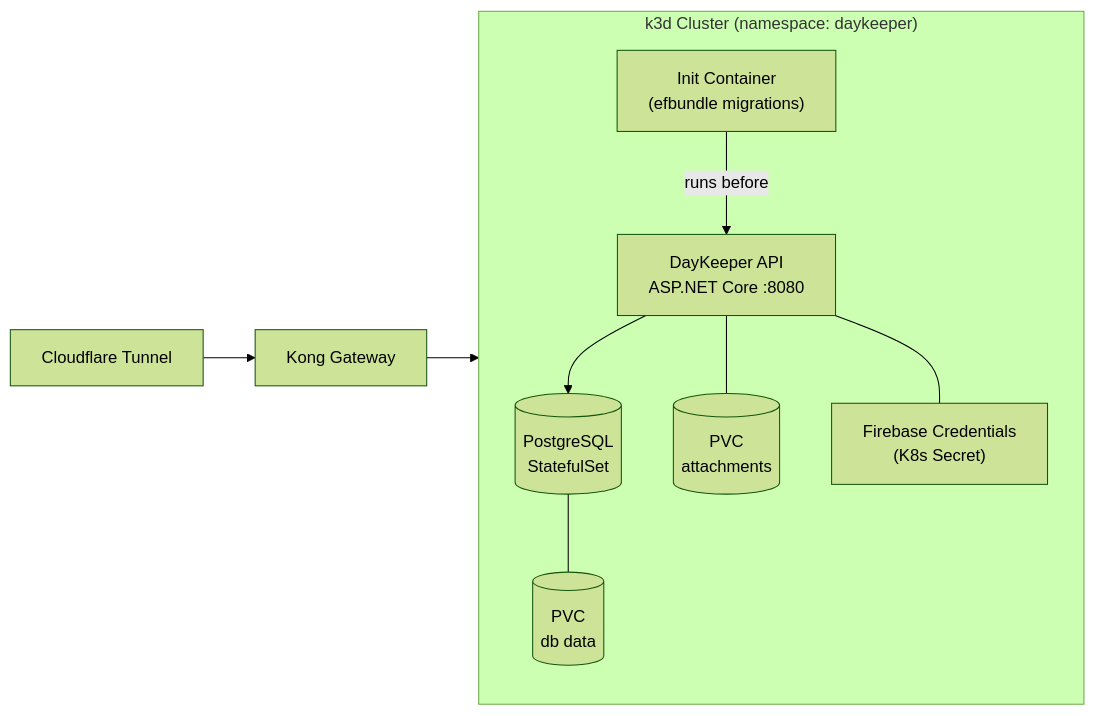
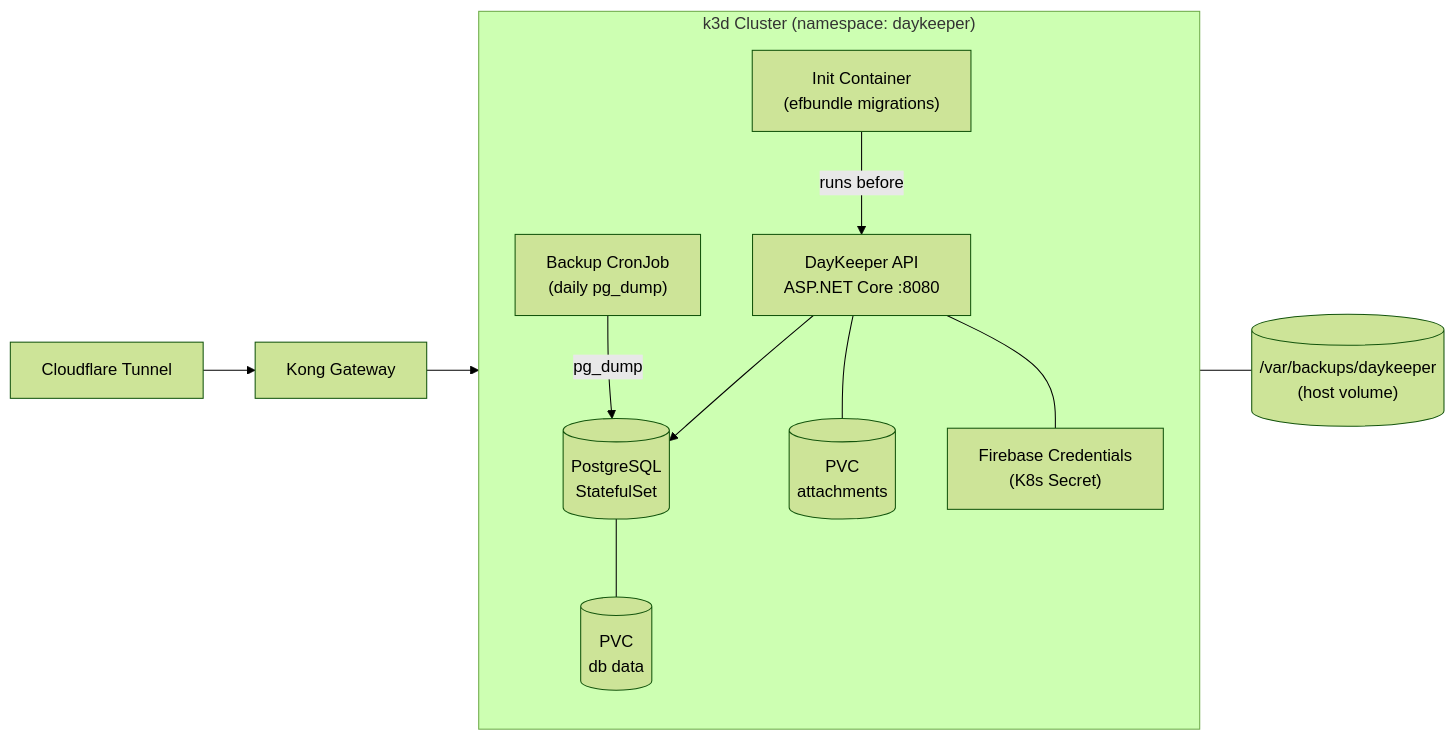
The sixth of 6 diagrams in docs/ARCHITECTURE.md (DayKeeperApp/day-keeper-service), drawn with Mermaid (forest theme) before and after one commit. The commit also changed other lines of this file and 12 other files, not shown here.

````diff
--- a/docs/ARCHITECTURE.md
+++ b/docs/ARCHITECTURE.md
@@ -241,23 +241,27 @@
 ```mermaid
 flowchart LR
   CF[Cloudflare Tunnel]
   Kong[Kong Gateway]
 
   subgraph k3d["k3d Cluster (namespace: daykeeper)"]
     direction TB
     Init["Init Container<br/>(efbundle migrations)"]
     API["DayKeeper API<br/>ASP.NET Core :8080"]
     PG[(PostgreSQL<br/>StatefulSet)]
+    Backup["Backup CronJob<br/>(daily pg_dump)"]
     PVC_A[("PVC<br/>attachments")]
     PVC_DB[("PVC<br/>db data")]
     FB["Firebase Credentials<br/>(K8s Secret)"]
 
     Init -->|runs before| API
     API --> PG
+    Backup -->|pg_dump| PG
     API --- PVC_A
     API --- FB
     PG --- PVC_DB
   end
 
+  Host[("/var/backups/daykeeper<br/>(host volume)")]
+  Backup --- Host
   CF --> Kong --> API
 ```
````
